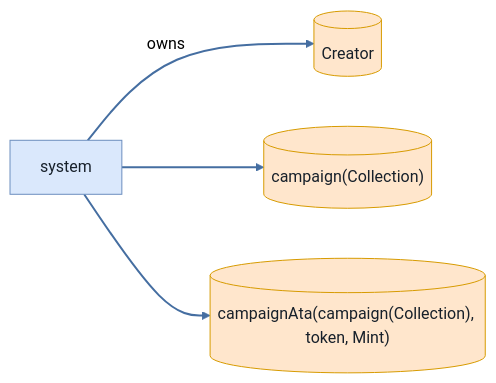
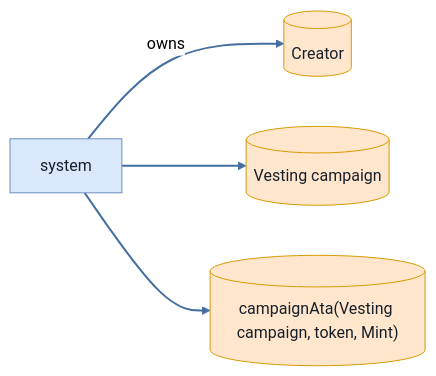
Diagram 12 of 12 in babelfish-tests/test-report/close_campaign_succeeds_when_vault_empty.md (cds-turbin3/vesting-position), drawn with Mermaid (neutral theme) before and after one commit. The commit also changed other lines of this file and 104 other files, not shown here.

````diff
--- a/babelfish-tests/test-report/close_campaign_succeeds_when_vault_empty.md
+++ b/babelfish-tests/test-report/close_campaign_succeeds_when_vault_empty.md
@@ -532,14 +532,14 @@
 ```mermaid
 flowchart LR
     system["system"]:::program
     Creator[("Creator")]:::state
-    campaignCollection[("campaign(Collection)")]:::state
-    campaignAtacampaignCollectiontokenMint[("campaignAta(campaign(Collection), token, Mint)")]:::state
+    Vestingcampaign[("Vesting campaign")]:::state
+    campaignAtaVestingcampaigntokenMint[("campaignAta(Vesting campaign, token, Mint)")]:::state
     system -->|owns| Creator
-    system --> campaignCollection
-    system --> campaignAtacampaignCollectiontokenMint
+    system --> Vestingcampaign
+    system --> campaignAtaVestingcampaigntokenMint
     classDef program fill:#dae8fc,stroke:#6c8ebf,color:#17202a;
     classDef signer fill:#d5e8d4,stroke:#82b366,color:#17202a;
     classDef state fill:#ffe6cc,stroke:#d79b00,color:#17202a;
     linkStyle 0,1,2 stroke:#456ea1,stroke-width:2px
 ```
````
